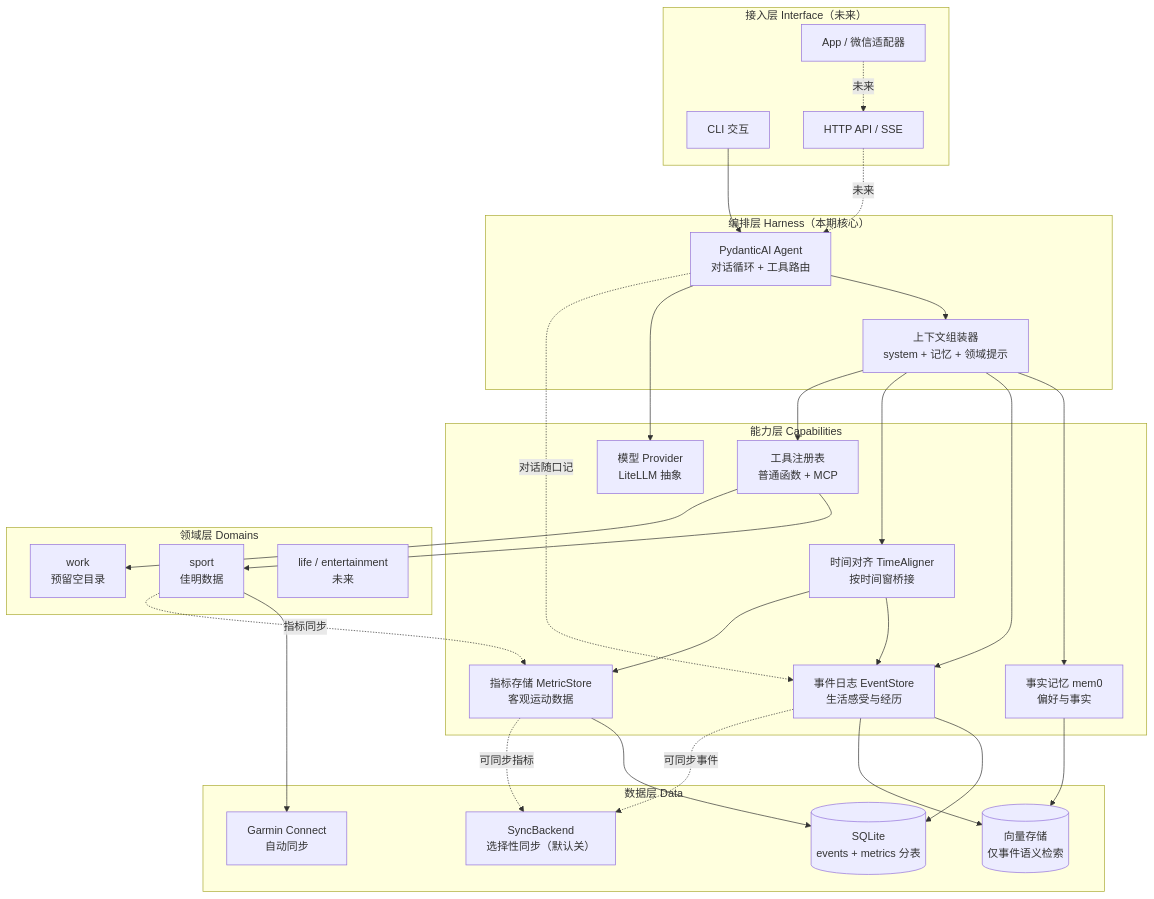
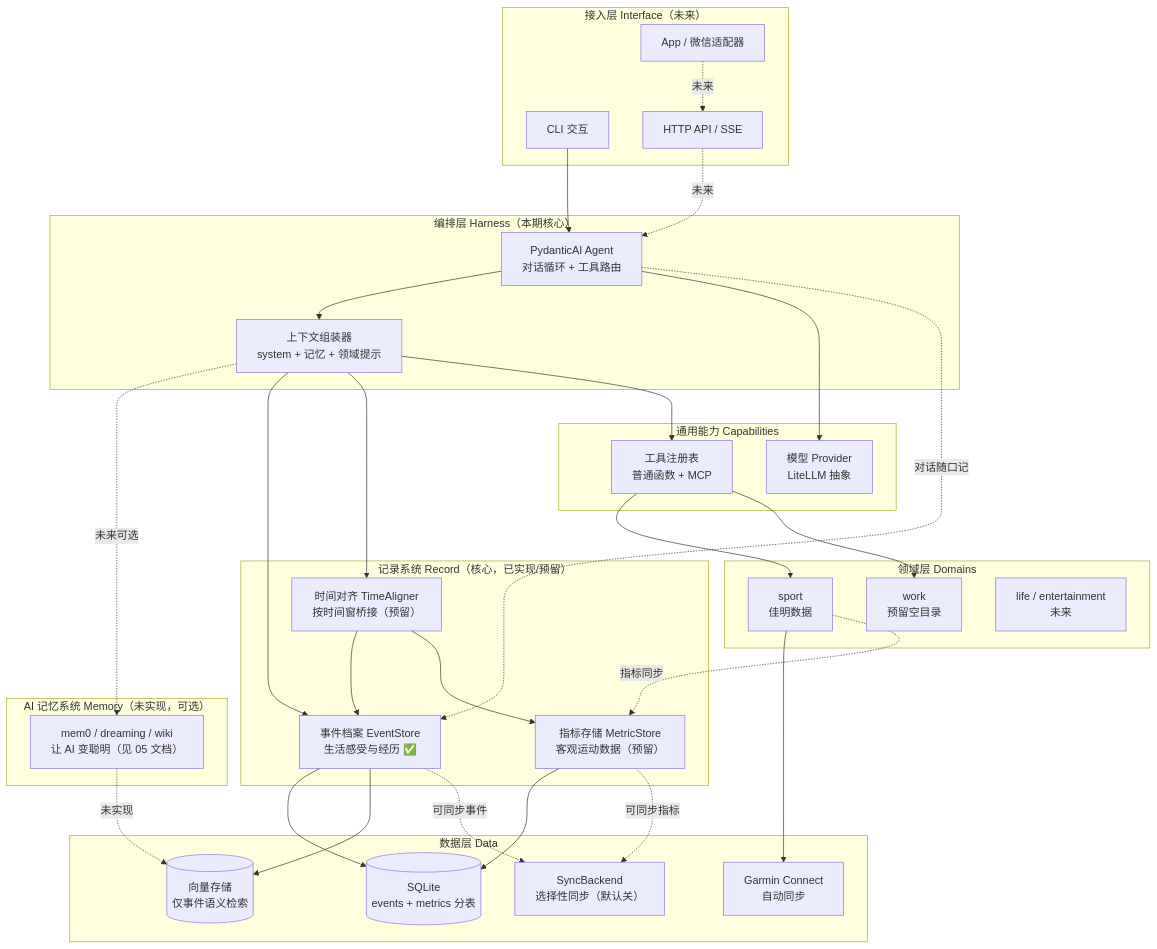
One commit to TLBBrrrrr/personal-assistant changed the diagram in docs/01-总体设计.md. Above: the diagram before and after it, drawn with Mermaid. The commit also changed other lines of this file and 23 other files, not shown here.

````diff
--- a/docs/01-总体设计.md
+++ b/docs/01-总体设计.md
@@ -47,58 +52,64 @@
 ```mermaid
 graph TB
     subgraph L1["接入层 Interface（未来）"]
         CLI["CLI 交互"]
         API["HTTP API / SSE"]
         EXT["App / 微信适配器"]
     end
 
     subgraph L2["编排层 Harness（本期核心）"]
         AG["PydanticAI Agent<br/>对话循环 + 工具路由"]
         CTX["上下文组装器<br/>system + 记忆 + 领域提示"]
     end
 
-    subgraph L3["能力层 Capabilities"]
-        MEM["事实记忆 mem0<br/>偏好与事实"]
-        EVT["事件日志 EventStore<br/>生活感受与经历"]
-        MET["指标存储 MetricStore<br/>客观运动数据"]
-        ALN["时间对齐 TimeAligner<br/>按时间窗桥接"]
+    subgraph L3A["记录系统 Record（核心，已实现/预留）"]
+        EVT["事件档案 EventStore<br/>生活感受与经历 ✅"]
+        MET["指标存储 MetricStore<br/>客观运动数据（预留）"]
+        ALN["时间对齐 TimeAligner<br/>按时间窗桥接（预留）"]
+    end
+
+    subgraph L3B["AI 记忆系统 Memory（未实现，可选）"]
+        MEM["mem0 / dreaming / wiki<br/>让 AI 变聪明（见 05 文档）"]
+    end
+
+    subgraph L3C["通用能力 Capabilities"]
         TOOL["工具注册表<br/>普通函数 + MCP"]
         PROV["模型 Provider<br/>LiteLLM 抽象"]
     end
 
     subgraph L4["领域层 Domains"]
         SPORT["sport<br/>佳明数据"]
         WORK["work<br/>预留空目录"]
         MORE["life / entertainment<br/>未来"]
     end
 
     subgraph L5["数据层 Data"]
         DB[("SQLite<br/>events + metrics 分表")]
         GARMIN["Garmin Connect<br/>自动同步"]
         VEC[("向量存储<br/>仅事件语义检索")]
         SYNC["SyncBackend<br/>选择性同步（默认关）"]
     end
 
     CLI --> AG
     API -.未来.-> AG
     EXT -.未来.-> API
     AG --> CTX
-    CTX --> MEM
+    CTX -.未来可选.-> MEM
     CTX --> EVT
     CTX --> ALN
     CTX --> TOOL
     AG --> PROV
     TOOL --> SPORT
     TOOL --> WORK
     SPORT --> GARMIN
     SPORT -.指标同步.-> MET
     AG -.对话随口记.-> EVT
     ALN --> EVT
     ALN --> MET
     MET --> DB
     EVT --> DB
     EVT --> VEC
-    MEM --> VEC
+    MEM -.未实现.-> VEC
     EVT -.可同步事件.-> SYNC
     MET -.可同步指标.-> SYNC
 ```
````
